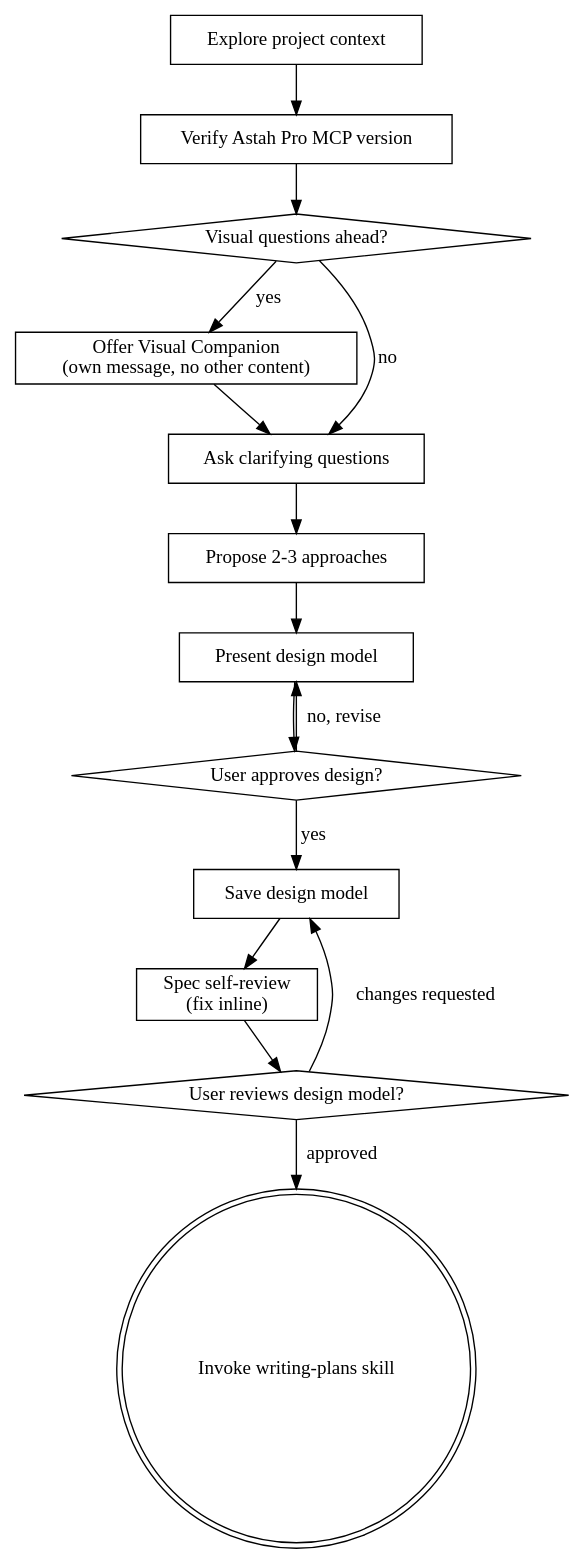
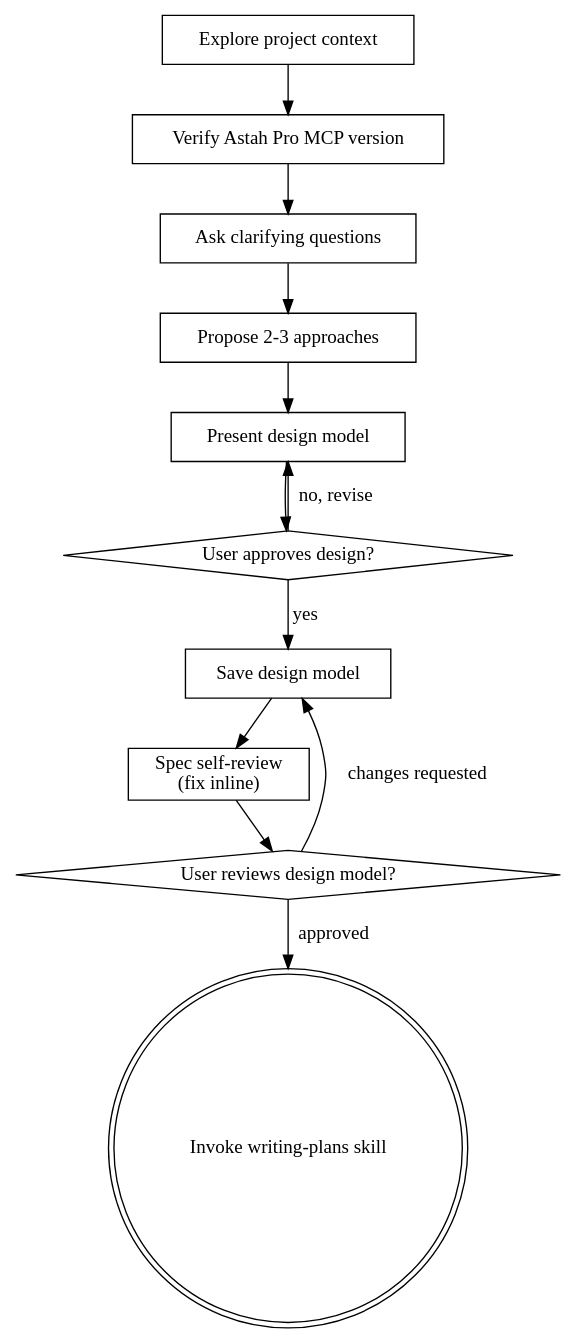
The diagram in plugins/superpowers-uml/skills/brainstorming/SKILL.md (takaakit/superpowers-uml), drawn with Graphviz before and after one commit. The commit also changed other lines of this file and 43 other files, not shown here.

````diff
--- a/plugins/superpowers-uml/skills/brainstorming/SKILL.md
+++ b/plugins/superpowers-uml/skills/brainstorming/SKILL.md
@@ -37,31 +37,26 @@
 ```dot
 digraph brainstorming {
     "Explore project context" [shape=box];
     "Verify Astah Pro MCP version" [shape=box];
-    "Visual questions ahead?" [shape=diamond];
-    "Offer Visual Companion\n(own message, no other content)" [shape=box];
     "Ask clarifying questions" [shape=box];
     "Propose 2-3 approaches" [shape=box];
     "Present design model" [shape=box];
     "User approves design?" [shape=diamond];
     "Save design model" [shape=box];
     "Spec self-review\n(fix inline)" [shape=box];
     "User reviews design model?" [shape=diamond];
     "Invoke writing-plans skill" [shape=doublecircle];
 
     "Explore project context" -> "Verify Astah Pro MCP version";
-    "Verify Astah Pro MCP version" -> "Visual questions ahead?";
-    "Visual questions ahead?" -> "Offer Visual Companion\n(own message, no other content)" [label="yes"];
-    "Visual questions ahead?" -> "Ask clarifying questions" [label="no"];
-    "Offer Visual Companion\n(own message, no other content)" -> "Ask clarifying questions";
+    "Verify Astah Pro MCP version" -> "Ask clarifying questions";
     "Ask clarifying questions" -> "Propose 2-3 approaches";
     "Propose 2-3 approaches" -> "Present design model";
     "Present design model" -> "User approves design?";
     "User approves design?" -> "Present design model" [label="no, revise"];
     "User approves design?" -> "Save design model" [label="yes"];
     "Save design model" -> "Spec self-review\n(fix inline)";
     "Spec self-review\n(fix inline)" -> "User reviews design model?";
     "User reviews design model?" -> "Save design model" [label="changes requested"];
     "User reviews design model?" -> "Invoke writing-plans skill" [label="approved"];
 }
 ```
````
